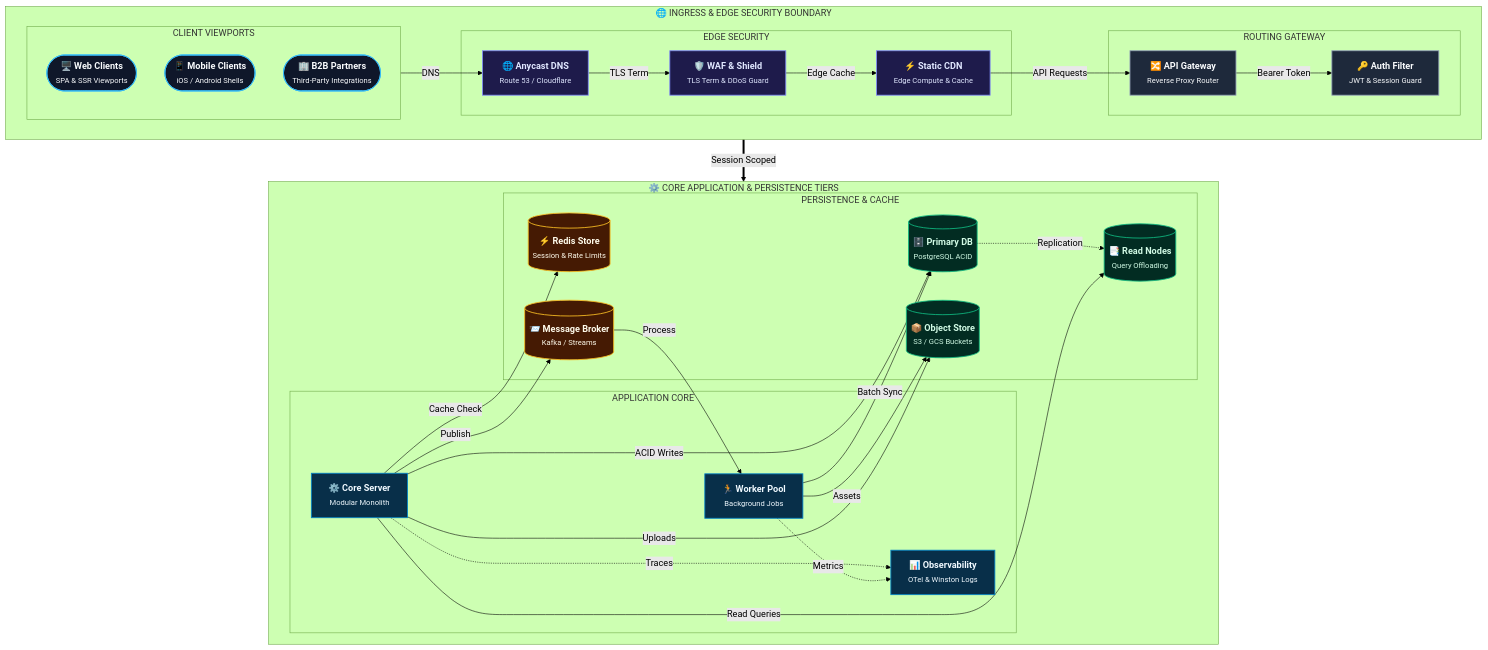
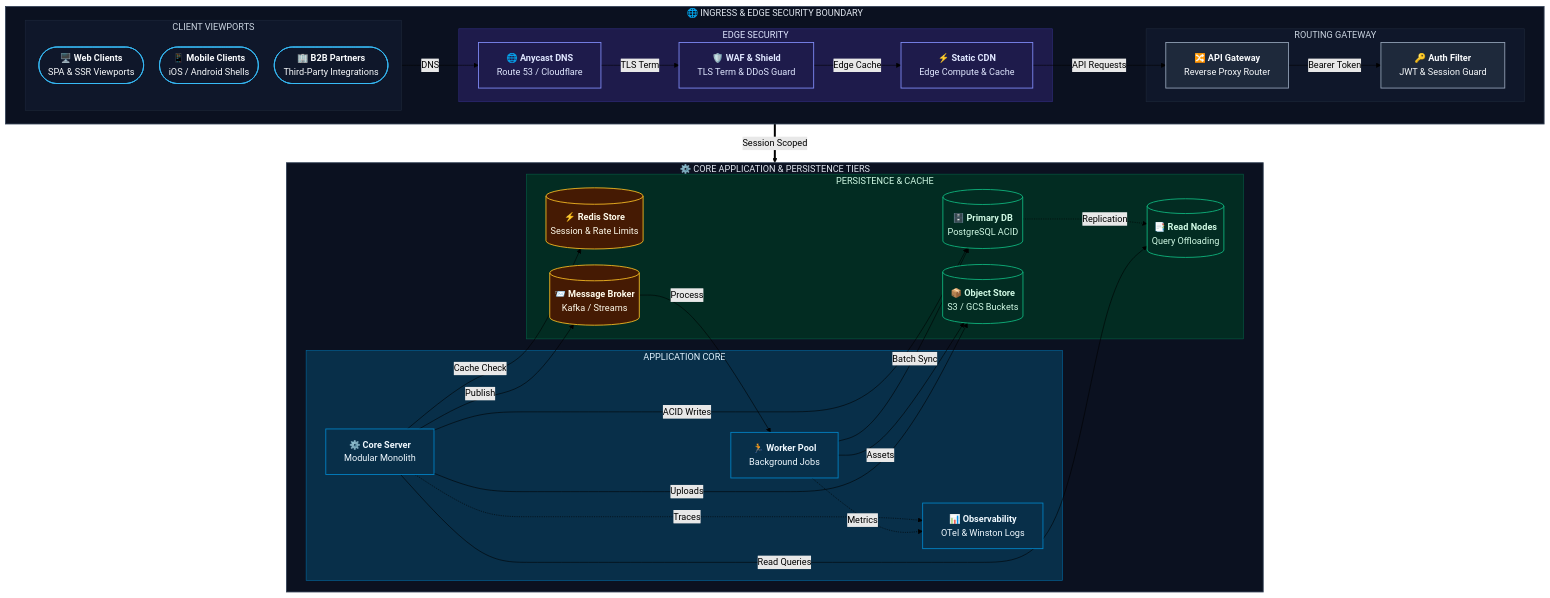
The first of 3 diagrams in SDD-Vibe-Framework/docs/system-architecture.md (ChandanAY-24/Agentic-Development-ChandanAY), drawn with Mermaid (forest theme) before and after one commit. The commit also changed 13 other files, not shown here.

Commit message:
docs: polish Mermaid diagrams across READMEs and guides

````diff
--- a/SDD-Vibe-Framework/docs/system-architecture.md
+++ b/SDD-Vibe-Framework/docs/system-architecture.md
@@ -23,4 +23,5 @@
 ```mermaid
+%%{init: {'flowchart': {'curve': 'basis', 'padding': 16, 'nodeSpacing': 28, 'rankSpacing': 44}}}%%
 flowchart TB
     classDef client fill:#0f172a,stroke:#38bdf8,stroke-width:1.5px,color:#f8fafc;
     classDef edge fill:#1e1b4b,stroke:#818cf8,stroke-width:1.5px,color:#e0e7ff;
@@ -32,37 +33,53 @@
     subgraph IngressLayer ["🌐 INGRESS & EDGE SECURITY BOUNDARY"]
         direction LR
         subgraph Clients ["CLIENT VIEWPORTS"]
-            Browser(["<b>🖥️ Web Clients</b><br/><small>SPA & SSR Viewports</small>"]):::client
-            MobileApp(["<b>📱 Mobile Clients</b><br/><small>iOS / Android Shells</small>"]):::client
-            ExternalAPI(["<b>🏢 B2B Partners</b><br/><small>Third-Party Integrations</small>"]):::client
+            Browser(["`**🖥️ Web Clients**
+SPA & SSR Viewports`"]):::client
+            MobileApp(["`**📱 Mobile Clients**
+iOS / Android Shells`"]):::client
+            ExternalAPI(["`**🏢 B2B Partners**
+Third-Party Integrations`"]):::client
         end
 
         subgraph Edge ["EDGE SECURITY"]
-            DNS["<b>🌐 Anycast DNS</b><br/><small>Route 53 / Cloudflare</small>"]:::edge
-            WAF["<b>🛡️ WAF & Shield</b><br/><small>TLS Term & DDoS Guard</small>"]:::edge
-            CDN["<b>⚡ Static CDN</b><br/><small>Edge Compute & Cache</small>"]:::edge
+            DNS["`**🌐 Anycast DNS**
+Route 53 / Cloudflare`"]:::edge
+            WAF["`**🛡️ WAF & Shield**
+TLS Term & DDoS Guard`"]:::edge
+            CDN["`**⚡ Static CDN**
+Edge Compute & Cache`"]:::edge
         end
 
         subgraph Gateway ["ROUTING GATEWAY"]
-            APIGateway["<b>🔀 API Gateway</b><br/><small>Reverse Proxy Router</small>"]:::gw
-            AuthFilter["<b>🔑 Auth Filter</b><br/><small>JWT & Session Guard</small>"]:::gw
+            APIGateway["`**🔀 API Gateway**
+Reverse Proxy Router`"]:::gw
+            AuthFilter["`**🔑 Auth Filter**
+JWT & Session Guard`"]:::gw
         end
     end
 
     subgraph CoreDataLayer ["⚙️ CORE APPLICATION & PERSISTENCE TIERS"]
         direction LR
         subgraph AppTier ["APPLICATION CORE"]
-            CoreService["<b>⚙️ Core Server</b><br/><small>Modular Monolith</small>"]:::app
-            AsyncWorker["<b>🏃 Worker Pool</b><br/><small>Background Jobs</small>"]:::app
-            Telemetry["<b>📊 Observability</b><br/><small>OTel & Winston Logs</small>"]:::app
+            CoreService["`**⚙️ Core Server**
+Modular Monolith`"]:::app
+            AsyncWorker["`**🏃 Worker Pool**
+Background Jobs`"]:::app
+            Telemetry["`**📊 Observability**
+OTel & Winston Logs`"]:::app
         end
 
         subgraph DataTier ["PERSISTENCE & CACHE"]
-            PrimaryDB[("<b>🗄️ Primary DB</b><br/><small>PostgreSQL ACID</small>")]:::data
-            ReadReplica[("<b>📑 Read Nodes</b><br/><small>Query Offloading</small>")]:::data
-            RedisCache[("<b>⚡ Redis Store</b><br/><small>Session & Rate Limits</small>")]:::cache
-            MsgQueue[("<b>📨 Message Broker</b><br/><small>Kafka / Streams</small>")]:::cache
-            BlobStore[("<b>📦 Object Store</b><br/><small>S3 / GCS Buckets</small>")]:::data
+            PrimaryDB[("`**🗄️ Primary DB**
+PostgreSQL ACID`")]:::data
+            ReadReplica[("`**📑 Read Nodes**
+Query Offloading`")]:::data
+            RedisCache[("`**⚡ Redis Store**
+Session & Rate Limits`")]:::cache
+            MsgQueue[("`**📨 Message Broker**
+Kafka / Streams`")]:::cache
+            BlobStore[("`**📦 Object Store**
+S3 / GCS Buckets`")]:::data
         end
     end
 
@@ -86,4 +103,12 @@
 
     CoreService -.->|"Traces"| Telemetry
     AsyncWorker -.->|"Metrics"| Telemetry
+
+    style IngressLayer fill:#0b1120,stroke:#334155,stroke-width:1.5px,color:#e2e8f0
+    style CoreDataLayer fill:#0b1120,stroke:#334155,stroke-width:1.5px,color:#e2e8f0
+    style Clients fill:#0f172a,stroke:#1e293b,stroke-width:1px,color:#cbd5e1
+    style Edge fill:#1e1b4b,stroke:#312e81,stroke-width:1px,color:#e0e7ff
+    style Gateway fill:#0f172a,stroke:#1e293b,stroke-width:1px,color:#cbd5e1
+    style AppTier fill:#082f49,stroke:#0369a1,stroke-width:1px,color:#e0f2fe
+    style DataTier fill:#022c22,stroke:#065f46,stroke-width:1px,color:#d1fae5
 ```
````
